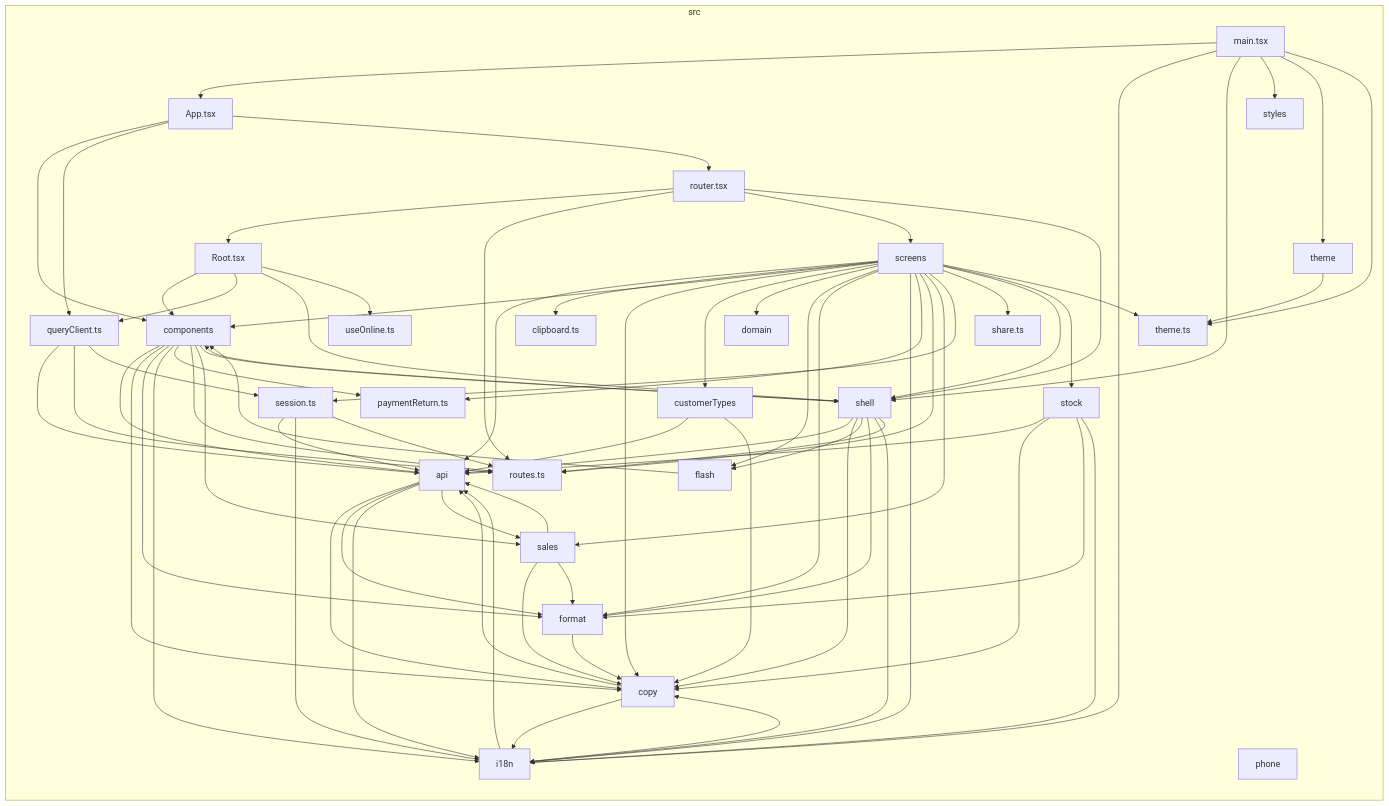
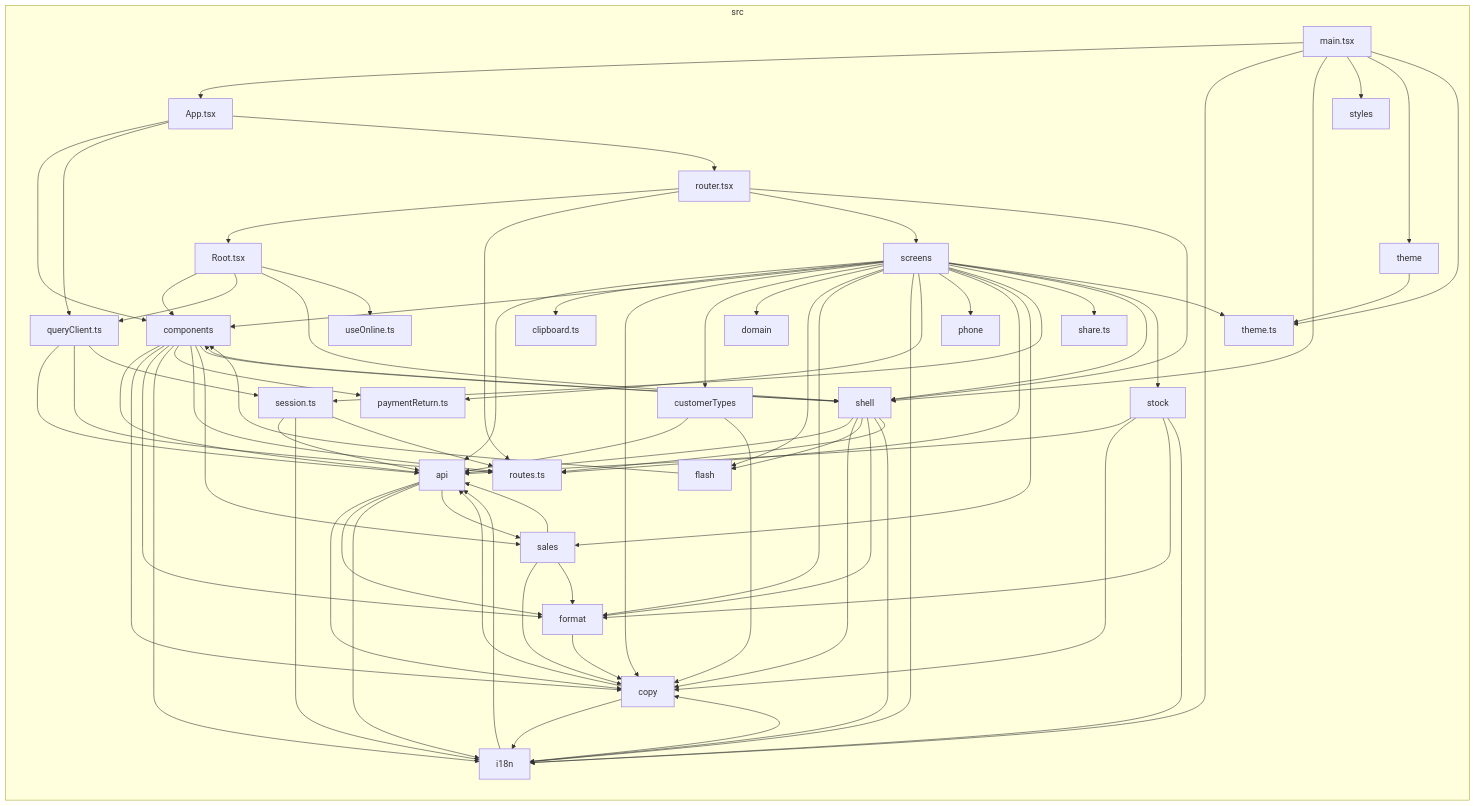
Before and after one commit to GonzaloZevallos/apostrophe: the diagram in docs/architecture/generated/front-modules/overview.md, drawn with Mermaid. The commit also changed 2 other files, not shown here.

Commit message:
Regenerate the front-module reference for the Phone country hook and API module

```diff
--- a/docs/architecture/generated/front-modules/overview.md
+++ b/docs/architecture/generated/front-modules/overview.md
@@ -88,6 +88,7 @@
 src_screens-->src_format
 src_screens-->src_i18n
 src_screens-->src_paymentReturn_ts
+src_screens-->src_phone
 src_screens-->src_routes_ts
 src_screens-->src_sales
 src_screens-->src_session_ts
```
